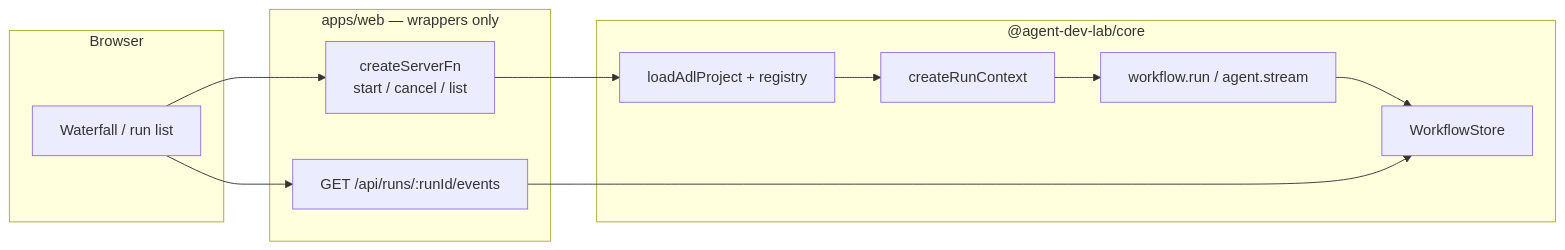
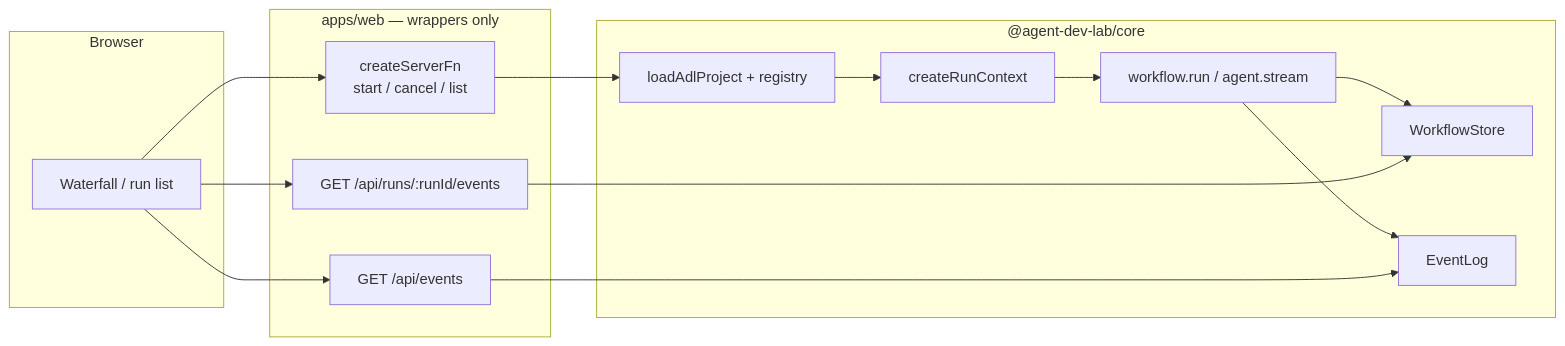
The diagram in notes/inspection-ui.md (jsimonrichard/agent-dev-lab), drawn with Mermaid before and after one commit. The commit also changed other lines of this file and 50 other files, not shown here.

First line of the commit message:
feat(web): add a process-wide event log inspector

````diff
--- a/notes/inspection-ui.md
+++ b/notes/inspection-ui.md
@@ -15,21 +15,26 @@
 ```mermaid
 flowchart LR
   subgraph browser["Browser"]
     UI["Waterfall / run list"]
   end
   subgraph web["apps/web — wrappers only"]
     SFN["createServerFn\nstart / cancel / list"]
     SSE["GET /api/runs/:runId/events"]
+    LOG["GET /api/events"]
   end
   subgraph runtime["@agent-dev-lab/core"]
     LOAD["loadAdlProject + registry"]
     CTX["createRunContext"]
     RUN["workflow.run / agent.stream"]
     STORE["WorkflowStore"]
+    ELOG["EventLog"]
   end
 
   UI --> SFN
   UI --> SSE
+  UI --> LOG
   SFN --> LOAD --> CTX --> RUN --> STORE
   SSE --> STORE
+  RUN --> ELOG
+  LOG --> ELOG
 ```
````
